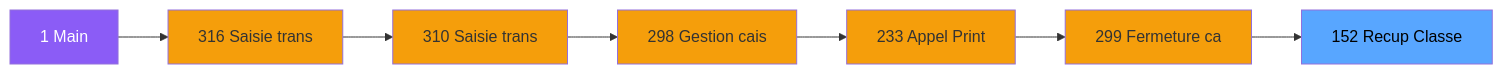
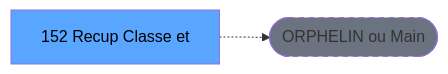
Before and after one commit to thonyAGP/lecteur-magic: the second of 3 diagrams in .openspec/specs/ADH-IDE-152.md, drawn with Mermaid. The commit also changed other lines of this file and 701 other files, not shown here.

````diff
--- a/.openspec/specs/ADH-IDE-152.md
+++ b/.openspec/specs/ADH-IDE-152.md
@@ -108,23 +119,8 @@
 ```mermaid
 graph LR
-    M[1 Main]
-    N316[316 Saisie trans]
-    N310[310 Saisie trans]
-    N298[298 Gestion cais]
-    N233[233 Appel Print ]
-    N299[299 Fermeture ca]
-    T[152 Recup Classe]
-    M --> N316
-    N316 --> N310
-    N310 --> N298
-    N298 --> N233
-    N233 --> N299
-    N299 --> T
-    style M fill:#8b5cf6,color:#fff
-    style N316 fill:#f59e0b
-    style N310 fill:#f59e0b
-    style N298 fill:#f59e0b
-    style N233 fill:#f59e0b
-    style N299 fill:#f59e0b
+    T[152 Recup Classe et]
+    ORPHAN([ORPHELIN ou Main])
+    T -.-> ORPHAN
     style T fill:#58a6ff,color:#000
+    style ORPHAN fill:#6b7280,stroke-dasharray: 5 5
 ```
````
